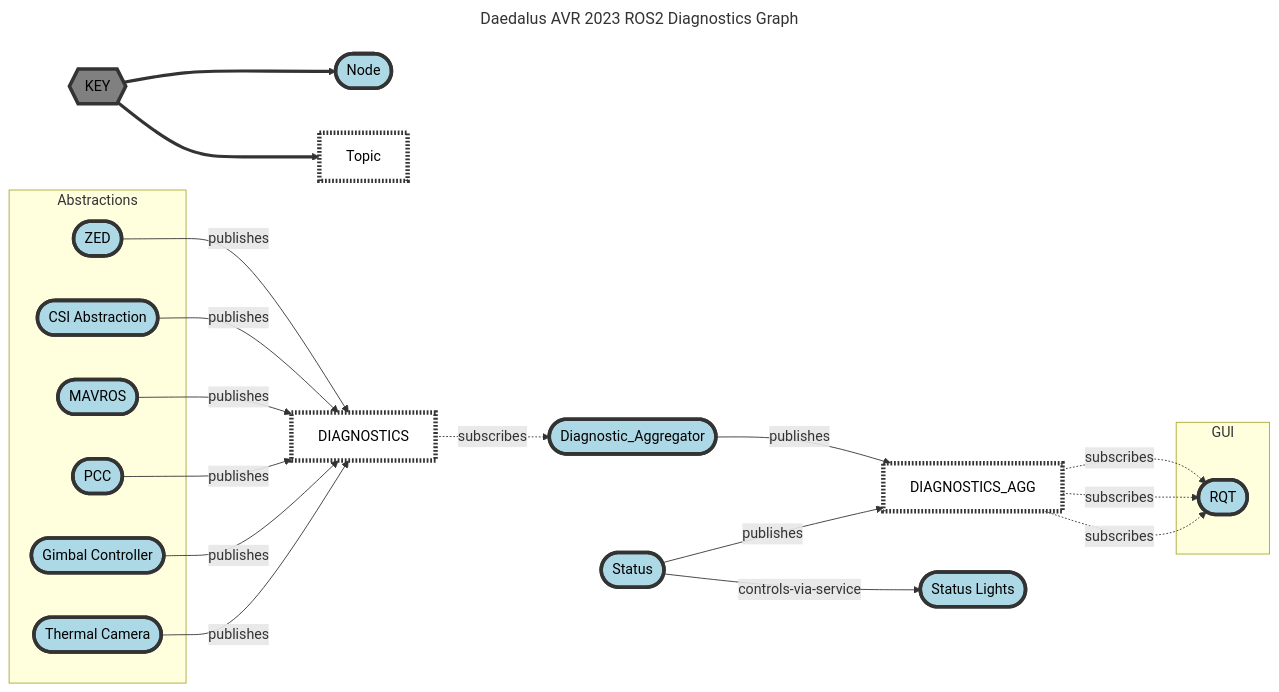
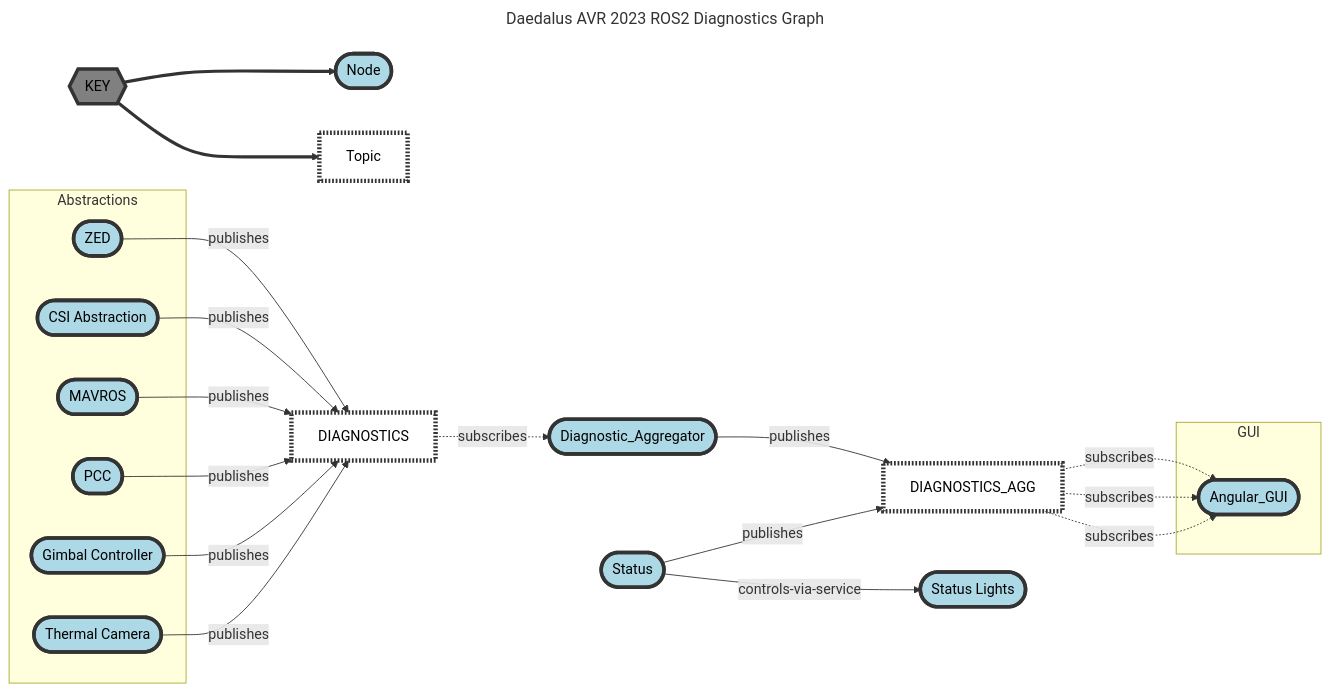
The diagram in README.md (Daedalus-Robotics/avr_2023_documentation), drawn with Mermaid before and after one commit.

````diff
--- a/README.md
+++ b/README.md
@@ -1,53 +1,53 @@
 ```mermaid
 ---
 title: Daedalus AVR 2023 ROS2 Diagnostics Graph
 ---
 flowchart LR
     
     classDef node fill:lightBlue,color:black,stroke:#333,stroke-width:4px
     classDef topic fill:white,color:black,stroke:#333,stroke-width:5px, stroke-dasharray: 2 2
 
     classDef key fill:gray,color:black,stroke:#333,stroke-width:4px
     
     legend{{KEY}}:::key==>i1([Node]):::node
     legend==>i2[Topic]:::topic
     
     diagnostics_topic[DIAGNOSTICS]:::topic
     diag_agg([Diagnostic_Aggregator])
     diag_agg_topic[DIAGNOSTICS_AGG]:::topic
     status_node([Status])
     status_lights([Status Lights])
-    AngularGUI([RQT])
+    AngularGUI([Angular_GUI])
     
     zed([ZED])
     
    
     
     subgraph Abstractions 
         zed
         CSI_abs
         Mavros
         PCC
         gimcont
         themcam
     end
     
     subgraph GUI 
         AngularGUI
     end
     
     zed --publishes-->diagnostics_topic
     CSI_abs([CSI Abstraction]) --publishes-->diagnostics_topic
     Mavros([MAVROS]) --publishes-->diagnostics_topic
     PCC([PCC]) --publishes-->diagnostics_topic
     gimcont([Gimbal Controller]) --publishes-->diagnostics_topic
     themcam([Thermal Camera]) --publishes-->diagnostics_topic
     diagnostics_topic -. subscribes .->diag_agg
     diag_agg --publishes-->diag_agg_topic
     status_node --publishes-->diag_agg_topic
     status_node --controls-via-service-->status_lights
     diag_agg_topic -. subscribes .-> AngularGUI
     diag_agg_topic -. subscribes .-> AngularGUI
     diag_agg_topic -. subscribes .-> AngularGUI 
 
 ```
````
